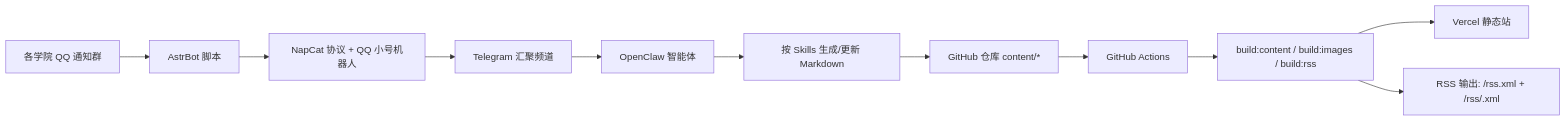
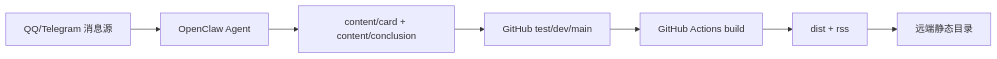
The diagram in README.md (guiguisocute/JXNU-PUBLISH), drawn with Mermaid before and after one commit. The commit also changed other lines of this file and 1 other file, not shown here.

Commit message:
docs: refresh README and expand bot operational rules

````diff
--- a/README.md
+++ b/README.md
@@ -19,13 +13,9 @@
 ```mermaid
 flowchart LR
-  A[各学院 QQ 通知群] --> B[AstrBot 脚本]
-  B --> C[NapCat 协议 + QQ 小号机器人]
-  C --> D[Telegram 汇聚频道]
-  D --> E[OpenClaw 智能体]
-  E --> F[按 Skills 生成/更新 Markdown]
-  F --> G[GitHub 仓库 content/*]
-  G --> H[GitHub Actions]
-  H --> I[build:content / build:images / build:rss]
-  I --> J[Vercel 静态站]
-  I --> K[RSS 输出: /rss.xml + /rss/<school>.xml]
+  A[QQ/Telegram 消息源] --> B[OpenClaw Agent]
+  B --> C[content/card + content/conclusion]
+  C --> D[GitHub test/dev/main]
+  D --> E[GitHub Actions build]
+  E --> F[dist + rss]
+  F --> G[远端静态目录]
 ```
````
